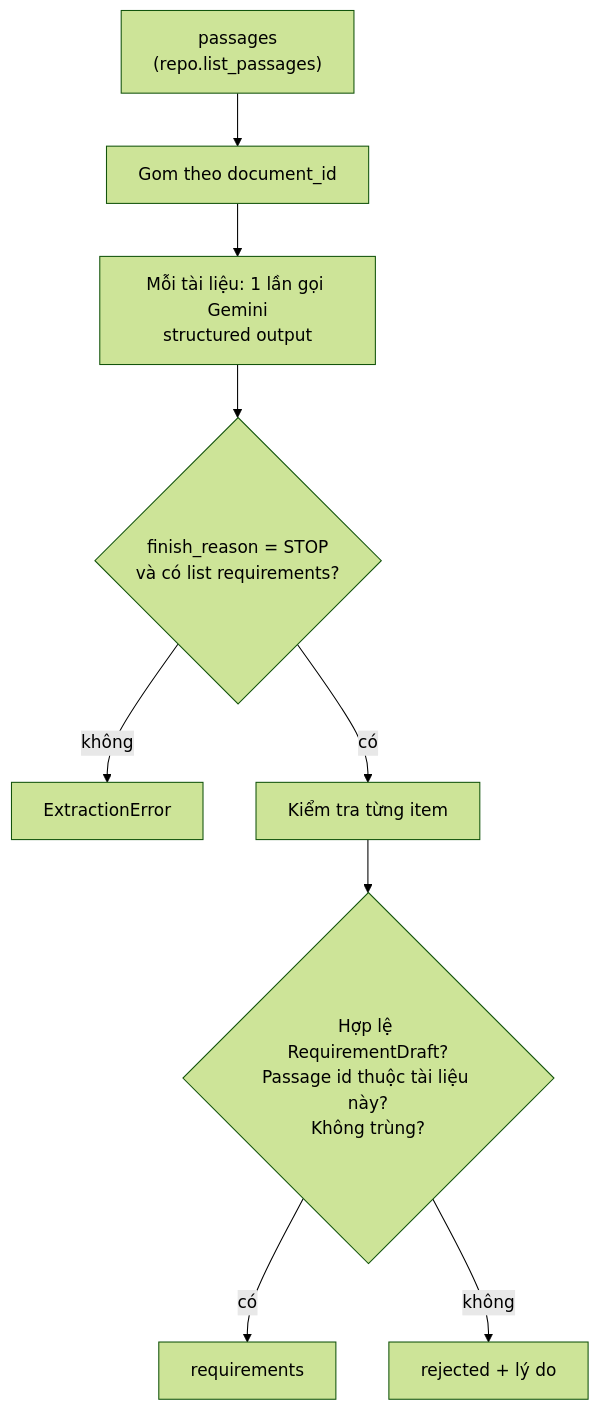
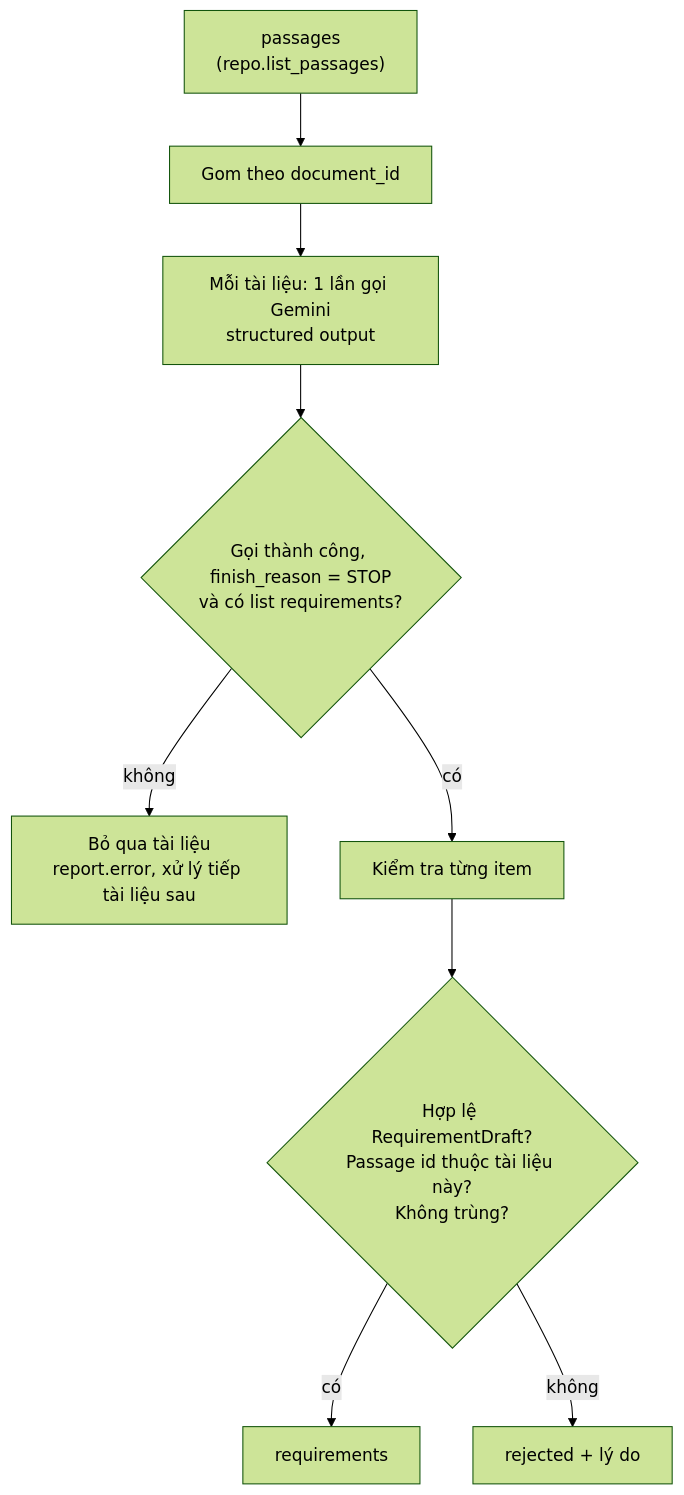
The diagram in src/agents/spec.md (ChinotChese/spec-test-ai), drawn with Mermaid (forest theme) before and after one commit. The commit also changed other lines of this file and 1 other file, not shown here.

Commit message:
fix: ignore error document and continue other; unify HTTP error 4xx to

````diff
--- a/src/agents/spec.md
+++ b/src/agents/spec.md
@@ -27,11 +27,11 @@
 ```mermaid
 flowchart TD
     A["passages<br/>(repo.list_passages)"] --> B[Gom theo document_id]
     B --> C["Mỗi tài liệu: 1 lần gọi Gemini<br/>structured output"]
-    C --> D{"finish_reason = STOP<br/>và có list requirements?"}
-    D -- không --> X[ExtractionError]
+    C --> D{"Gọi thành công, finish_reason = STOP<br/>và có list requirements?"}
+    D -- không --> X["Bỏ qua tài liệu<br/>report.error, xử lý tiếp tài liệu sau"]
     D -- có --> E[Kiểm tra từng item]
     E --> F{"Hợp lệ RequirementDraft?<br/>Passage id thuộc tài liệu này?<br/>Không trùng?"}
     F -- có --> G[requirements]
     F -- không --> H["rejected + lý do"]
 ```
````
